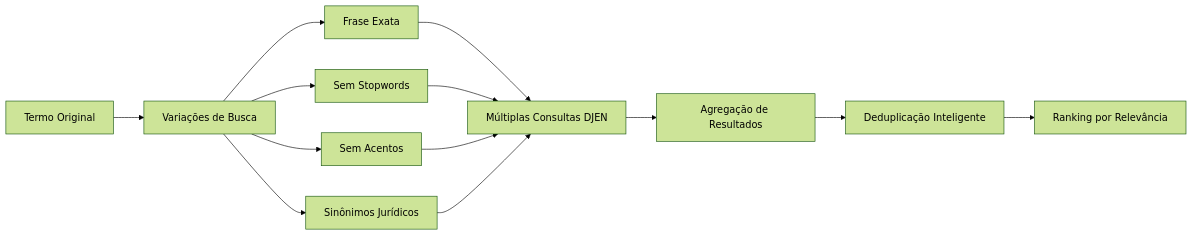
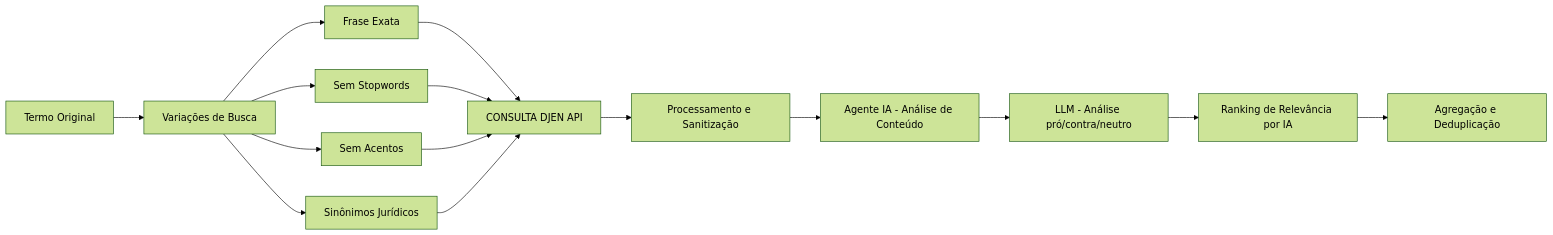
Before and after one commit to ftorres92/juris-dev-agil: the third of 9 diagrams in documentacao/architecture/apresentacao_sistema_visual.md, drawn with Mermaid (forest theme). The commit also changed other lines of this file, not shown here.

````diff
--- a/documentacao/architecture/apresentacao_sistema_visual.md
+++ b/documentacao/architecture/apresentacao_sistema_visual.md
@@ -290,17 +163,19 @@
 ```mermaid
 graph LR
     A[Termo Original] --> B[Variações de Busca]
     B --> C[Frase Exata]
     B --> D[Sem Stopwords]
     B --> E[Sem Acentos]
     B --> F[Sinônimos Jurídicos]
     
-    C --> G[Múltiplas Consultas DJEN]
+    C --> G[CONSULTA DJEN API]
     D --> G
     E --> G
     F --> G
     
-    G --> H[Agregação de Resultados]
-    H --> I[Deduplicação Inteligente]
-    I --> J[Ranking por Relevância]
+    G --> H[Processamento e Sanitização]
+    H --> I[Agente IA - Análise de Conteúdo]
+    I --> J[LLM - Análise pró/contra/neutro]
+    J --> K[Ranking de Relevância por IA]
+    K --> L[Agregação e Deduplicação]
 ```
````
